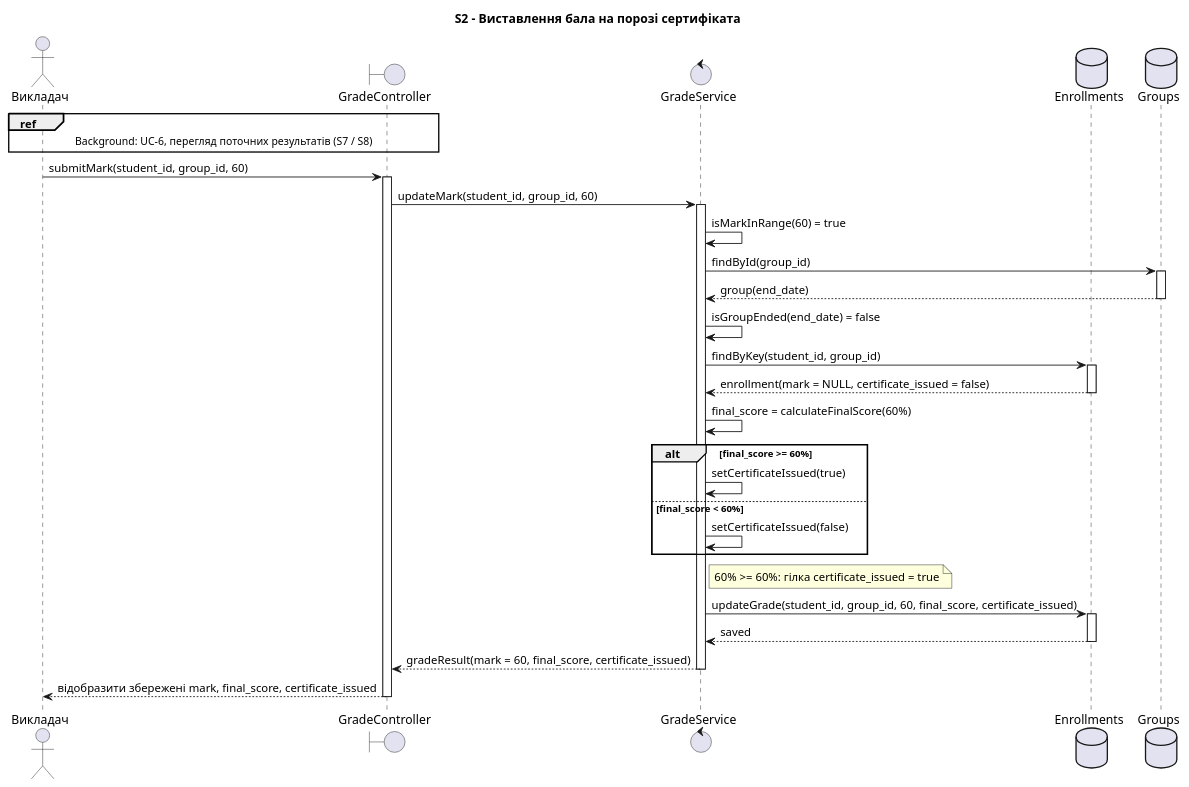
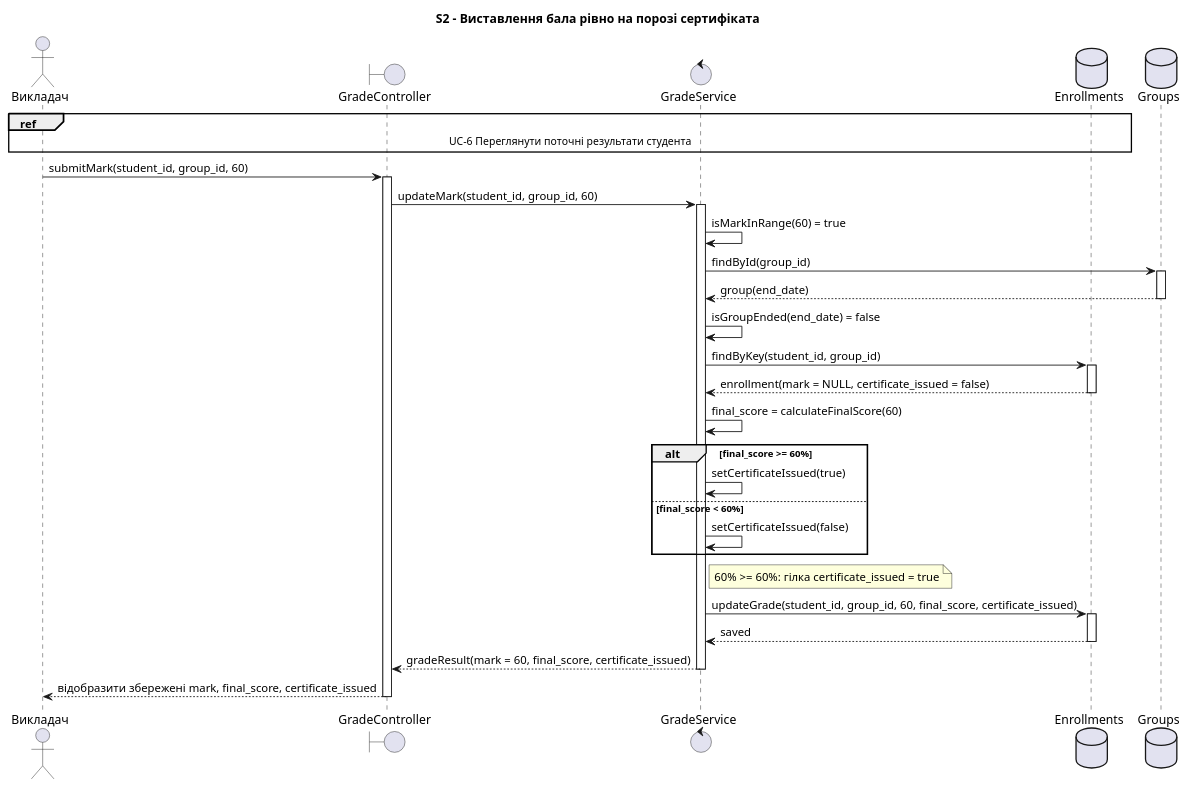
The second of 8 diagrams in lab3/sequence-diagrams.puml (ka1tya/KPI), drawn with PlantUML before and after one commit. The commit also changed other lines of this file and 9 other files, not shown here.

```diff
--- a/lab3/sequence-diagrams.puml
+++ b/lab3/sequence-diagrams.puml
@@ -47,45 +47,45 @@
 @startuml S2
- title S2 - Виставлення бала на порозі сертифіката
+ title S2 - Виставлення бала рівно на порозі сертифіката
 
  actor "Викладач" as Teacher
  boundary "GradeController" as Controller
  control "GradeService" as GradeService
  database "Enrollments" as Enrollments
  database "Groups" as Groups
 
- ref over Teacher, Controller : Background: UC-6, перегляд поточних результатів (S7 / S8)
+ ref over Teacher, Enrollments : UC-6 Переглянути поточні результати студента
 
  Teacher -> Controller : submitMark(student_id, group_id, 60)
  activate Controller
  Controller -> GradeService : updateMark(student_id, group_id, 60)
  activate GradeService
 
  GradeService -> GradeService : isMarkInRange(60) = true
  GradeService -> Groups : findById(group_id)
  activate Groups
  Groups --> GradeService : group(end_date)
  deactivate Groups
  GradeService -> GradeService : isGroupEnded(end_date) = false
  GradeService -> Enrollments : findByKey(student_id, group_id)
  activate Enrollments
  Enrollments --> GradeService : enrollment(mark = NULL, certificate_issued = false)
  deactivate Enrollments
 
- GradeService -> GradeService: final_score = calculateFinalScore(60%)
+ GradeService -> GradeService: final_score = calculateFinalScore(60)
  alt final_score >= 60%
    GradeService -> GradeService : setCertificateIssued(true)
  else final_score < 60%
    GradeService -> GradeService : setCertificateIssued(false)
  end
  note right of GradeService : 60% >= 60%: гілка certificate_issued = true
 
  GradeService -> Enrollments : updateGrade(student_id, group_id, 60, final_score, certificate_issued)
  activate Enrollments
  Enrollments --> GradeService : saved
  deactivate Enrollments
 
  GradeService --> Controller : gradeResult(mark = 60, final_score, certificate_issued)
  deactivate GradeService
  Controller --> Teacher : відобразити збережені mark, final_score, certificate_issued
  deactivate Controller
 @enduml
```
